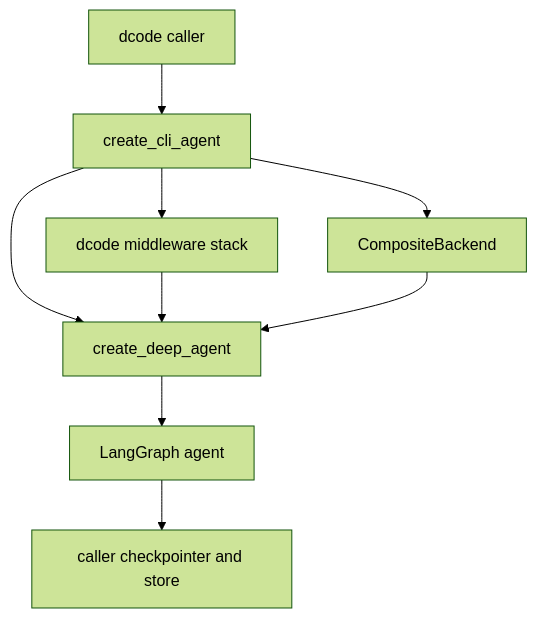
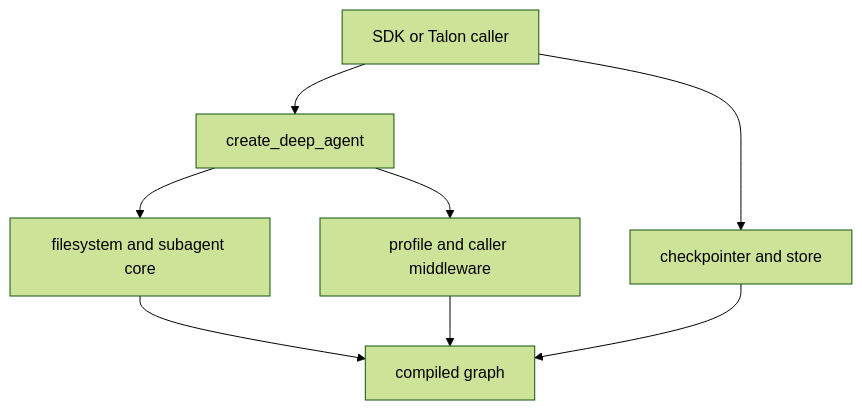
Before and after one commit to langchain-ai/deepagents: the first of 2 diagrams in openwiki/architecture/source-map.md, drawn with Mermaid (forest theme). The commit also changed other lines of this file and 33 other files, not shown here.

````diff
--- a/openwiki/architecture/source-map.md
+++ b/openwiki/architecture/source-map.md
@@ -81,11 +65,10 @@
 ```mermaid
 flowchart TD
-  CLI["dcode caller"] --> Assembly["create_cli_agent"]
-  Assembly --> Backend["CompositeBackend"]
-  Assembly --> Stack["dcode middleware stack"]
-  Assembly --> SDK["create_deep_agent"]
-  Stack --> SDK
-  Backend --> SDK
-  SDK --> Graph["LangGraph agent"]
-  Graph --> Checkpoint["caller checkpointer and store"]
+  Caller["SDK or Talon caller"] --> Build["create_deep_agent"]
+  Build --> Core["filesystem and subagent core"]
+  Build --> Custom["profile and caller middleware"]
+  Core --> Graph["compiled graph"]
+  Custom --> Graph
+  Caller --> Persistence["checkpointer and store"]
+  Persistence --> Graph
 ```
````
